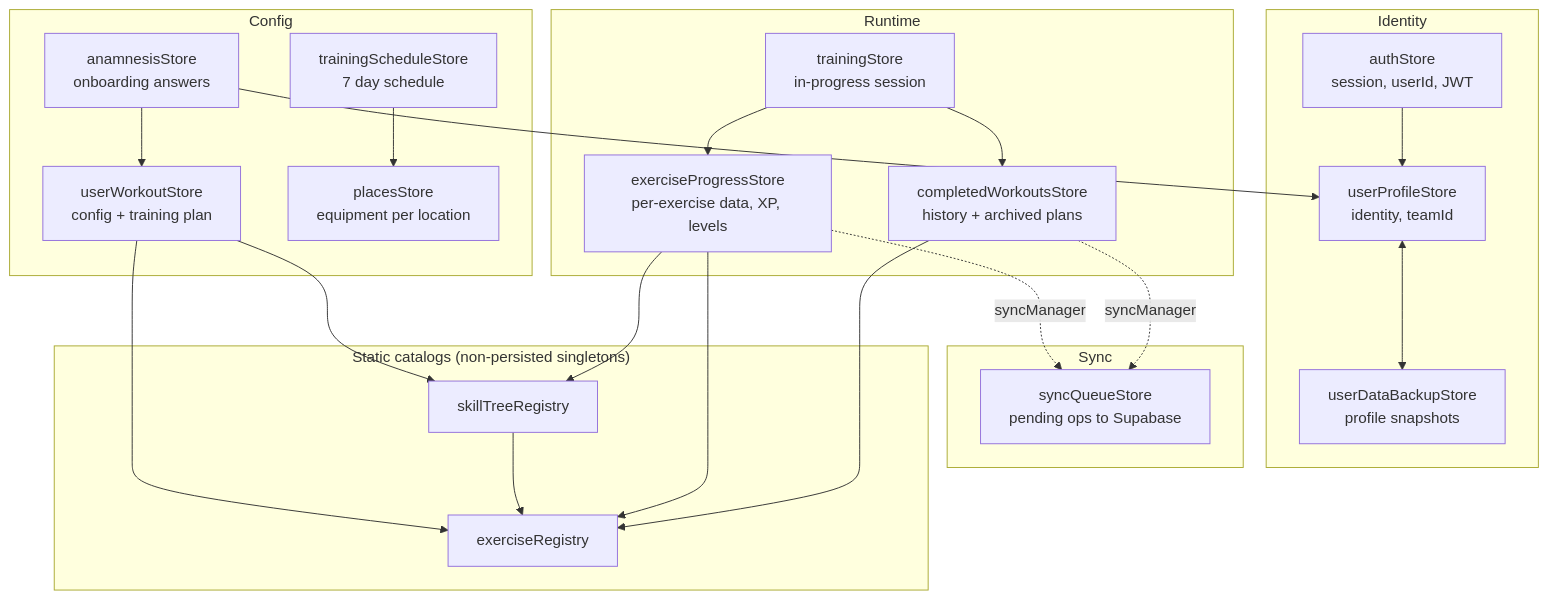
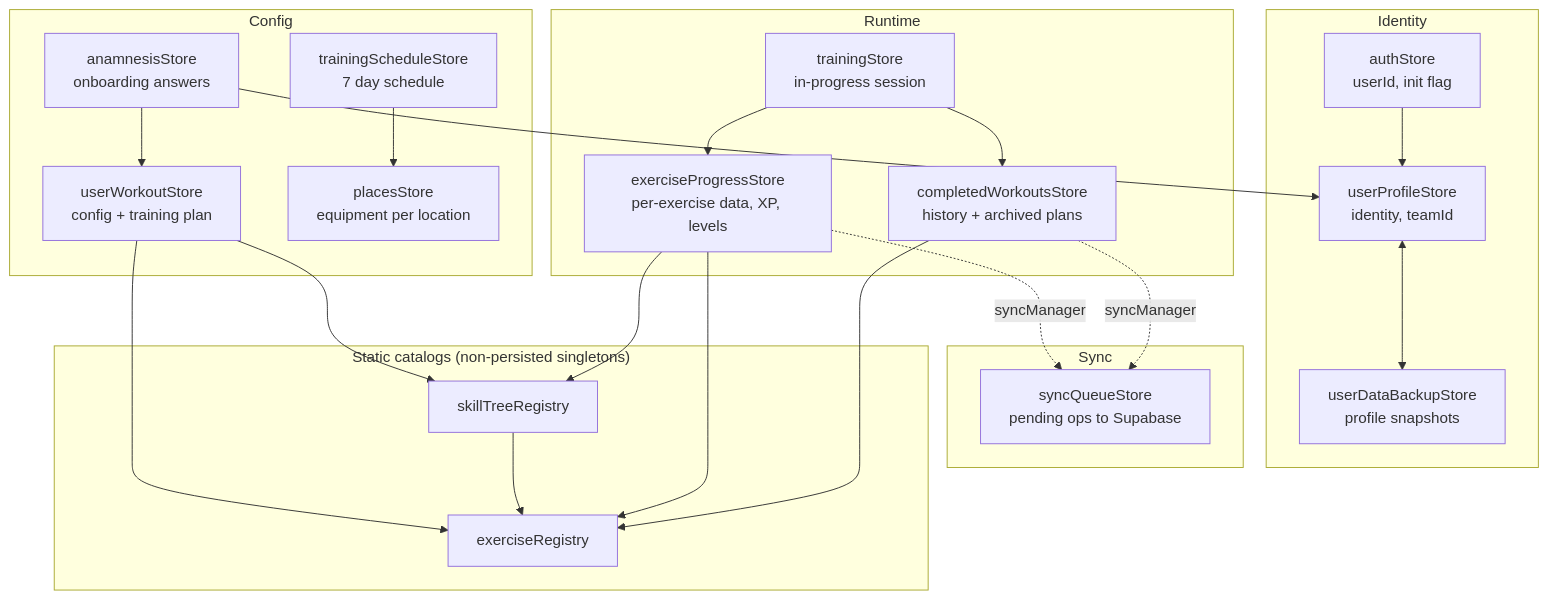
Before and after one commit to digital-athletic/sports-athletic: the first of 2 diagrams in athlete-mobile/docs/data-model.md, drawn with Mermaid. The commit also changed other lines of this file and 3 other files, not shown here.

````diff
--- a/athlete-mobile/docs/data-model.md
+++ b/athlete-mobile/docs/data-model.md
@@ -15,42 +15,42 @@
 ```mermaid
 flowchart TD
     subgraph Identity
-        auth[authStore<br/>session, userId, JWT]
+        auth[authStore<br/>userId, init flag]
         profile[userProfileStore<br/>identity, teamId]
         backup[userDataBackupStore<br/>profile snapshots]
     end
     subgraph Config
         anam[anamnesisStore<br/>onboarding answers]
         workout[userWorkoutStore<br/>config + training plan]
         sched[trainingScheduleStore<br/>7 day schedule]
         places[placesStore<br/>equipment per location]
     end
     subgraph Runtime
         training[trainingStore<br/>in-progress session]
         progress[exerciseProgressStore<br/>per-exercise data, XP, levels]
         completed[completedWorkoutsStore<br/>history + archived plans]
     end
     subgraph Sync
         queue[syncQueueStore<br/>pending ops to Supabase]
     end
     subgraph Static["Static catalogs (non-persisted singletons)"]
         exReg[exerciseRegistry]
         skReg[skillTreeRegistry]
     end
 
     auth --> profile
     anam --> profile
     anam --> workout
     sched --> places
     workout --> skReg
     workout --> exReg
     skReg --> exReg
     training --> completed
     training --> progress
     progress --> exReg
     progress --> skReg
     completed --> exReg
     progress -. syncManager .-> queue
     completed -. syncManager .-> queue
     profile <--> backup
 ```
````
